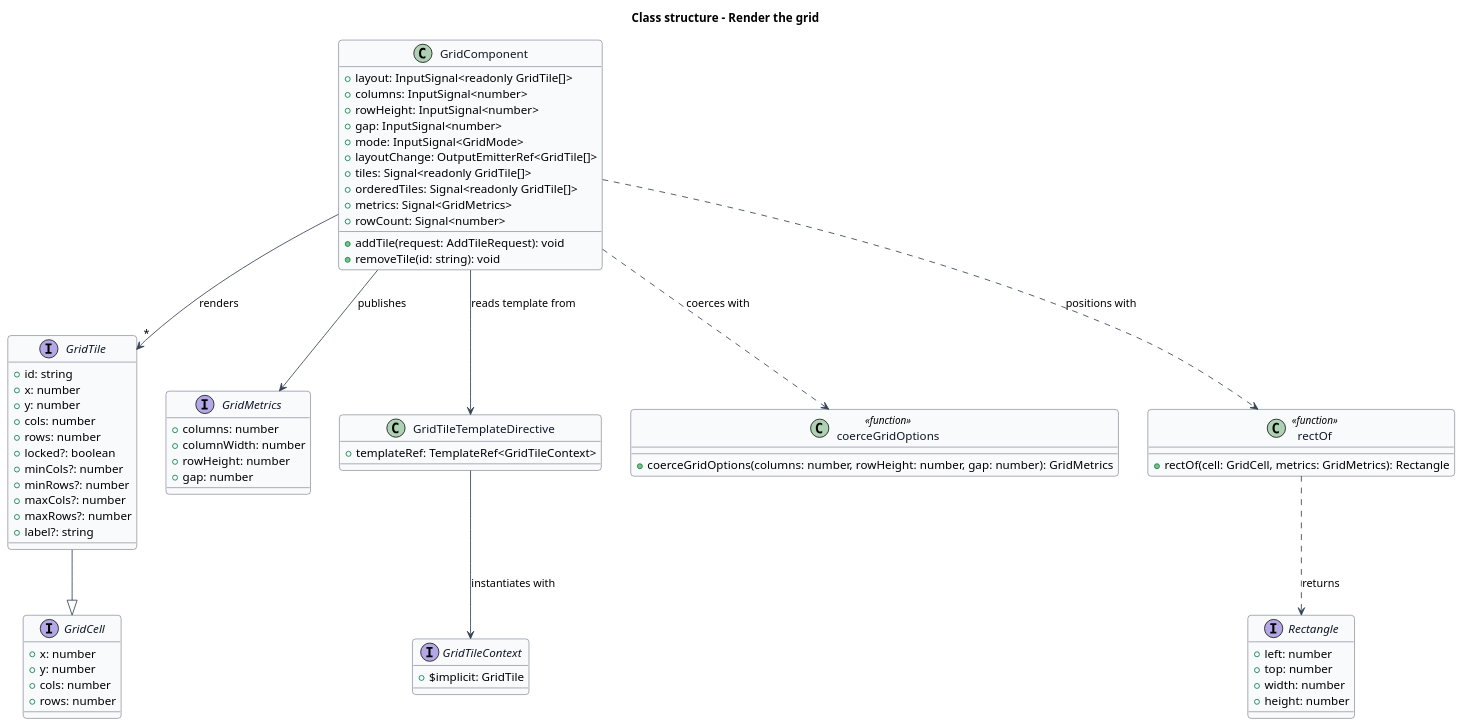
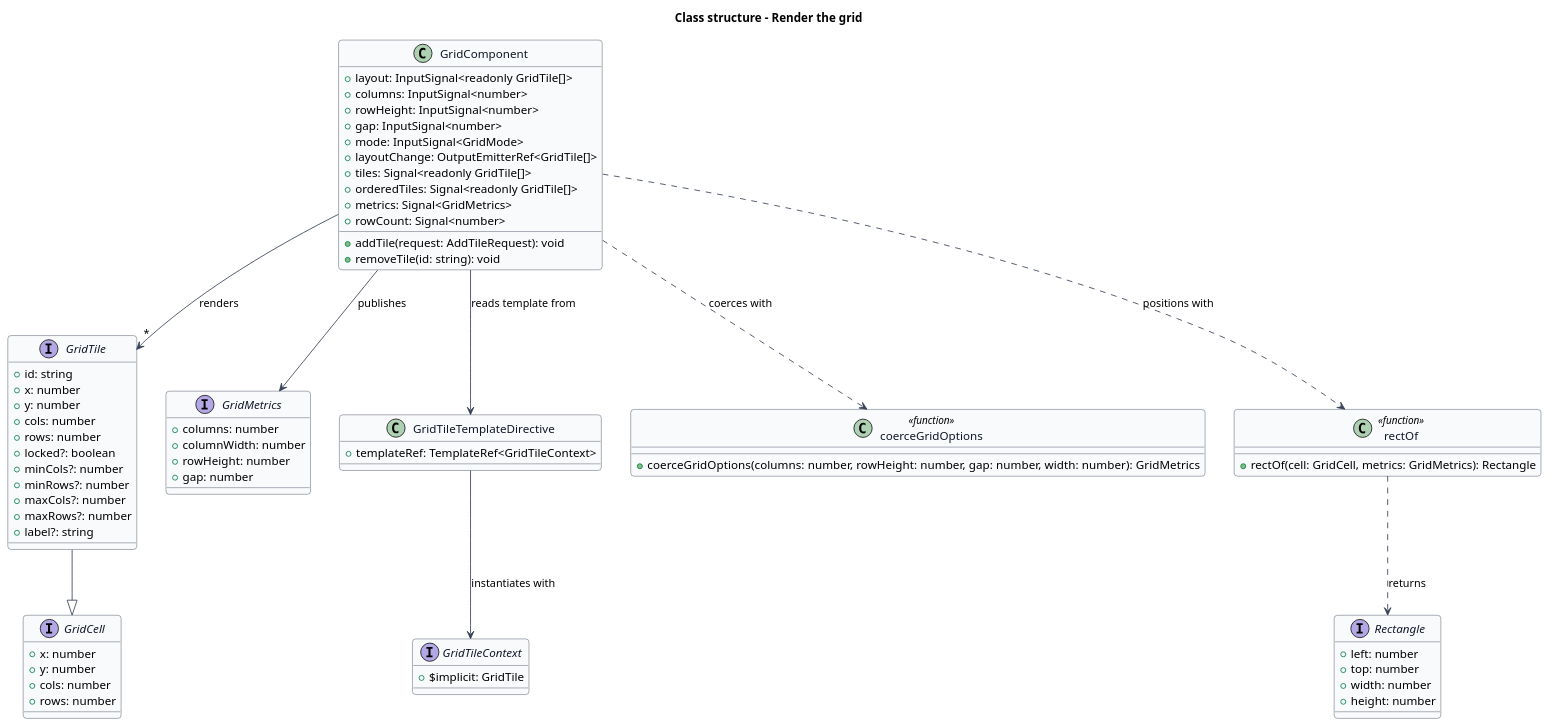
Before and after one commit to QuinntyneBrown/qbc-grid: the diagram in docs/detailed-designs/grid-layout/render-grid/diagrams/class-structure.puml, drawn with PlantUML. The commit also changed 20 other files, not shown here.

```diff
--- a/docs/detailed-designs/grid-layout/render-grid/diagrams/class-structure.puml
+++ b/docs/detailed-designs/grid-layout/render-grid/diagrams/class-structure.puml
@@ -1,90 +1,90 @@
 @startuml
 ' --- shared skin header ---
 skinparam backgroundColor #FFFFFF
 skinparam shadowing false
 skinparam roundcorner 8
 skinparam defaultFontName Arial
 skinparam ArrowColor #344054
 skinparam class {
   BorderColor #344054
   FontColor #101828
   BackgroundColor #F9FAFB
 }
 ' --------------------------
 title Class structure - Render the grid
 
 interface GridTile {
   +id: string
   +x: number
   +y: number
   +cols: number
   +rows: number
   +locked?: boolean
   +minCols?: number
   +minRows?: number
   +maxCols?: number
   +maxRows?: number
   +label?: string
 }
 
 interface GridCell {
   +x: number
   +y: number
   +cols: number
   +rows: number
 }
 
 interface GridMetrics {
   +columns: number
   +columnWidth: number
   +rowHeight: number
   +gap: number
 }
 
 interface Rectangle {
   +left: number
   +top: number
   +width: number
   +height: number
 }
 
 class GridComponent {
   +layout: InputSignal<readonly GridTile[]>
   +columns: InputSignal<number>
   +rowHeight: InputSignal<number>
   +gap: InputSignal<number>
   +mode: InputSignal<GridMode>
   +layoutChange: OutputEmitterRef<GridTile[]>
   +tiles: Signal<readonly GridTile[]>
   +orderedTiles: Signal<readonly GridTile[]>
   +metrics: Signal<GridMetrics>
   +rowCount: Signal<number>
   +addTile(request: AddTileRequest): void
   +removeTile(id: string): void
 }
 
 class GridTileTemplateDirective {
   +templateRef: TemplateRef<GridTileContext>
 }
 
 interface GridTileContext {
   +$implicit: GridTile
 }
 
 class coerceGridOptions <<function>> {
-  +coerceGridOptions(columns: number, rowHeight: number, gap: number): GridMetrics
+  +coerceGridOptions(columns: number, rowHeight: number, gap: number, width: number): GridMetrics
 }
 
 class rectOf <<function>> {
   +rectOf(cell: GridCell, metrics: GridMetrics): Rectangle
 }
 
 GridComponent --> "*" GridTile : renders
 GridComponent --> GridMetrics : publishes
 GridComponent ..> coerceGridOptions : coerces with
 GridComponent ..> rectOf : positions with
 GridComponent --> GridTileTemplateDirective : reads template from
 GridTileTemplateDirective --> GridTileContext : instantiates with
 GridTile --|> GridCell
 rectOf ..> Rectangle : returns
 @enduml
```
